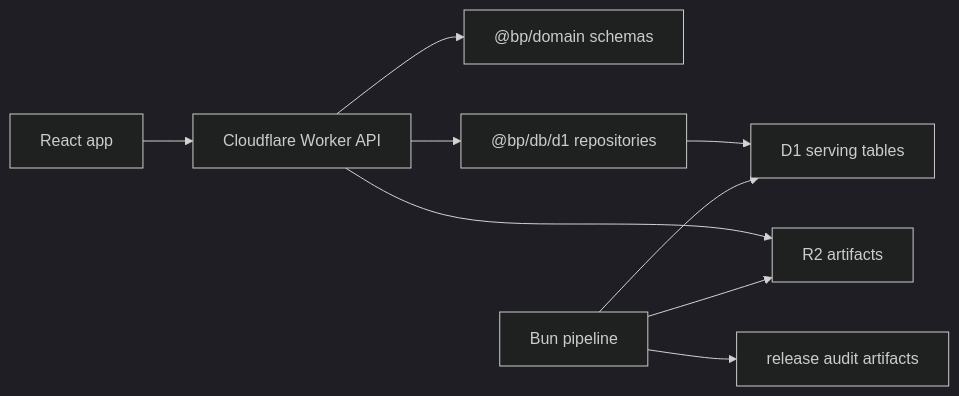
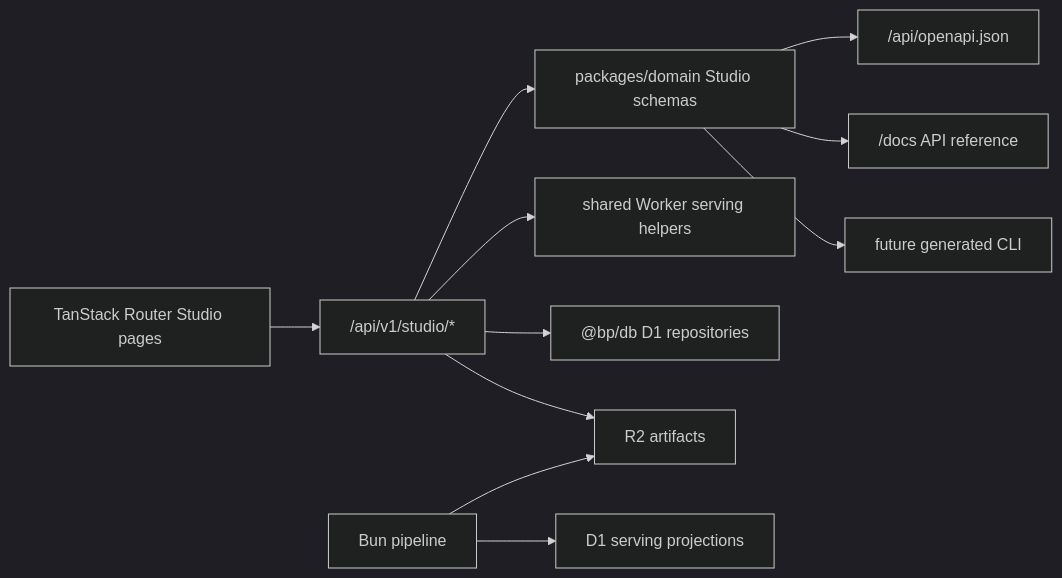
One commit to mannyc2/bus-priority-impact-studio changed the diagram in knowledge/wiki/engineering/web_api_endpoint_architecture.md. Above: the diagram before and after it, drawn with Mermaid (dark theme). The commit also changed other lines of this file and 21 other files, not shown here.

````diff
--- a/knowledge/wiki/engineering/web_api_endpoint_architecture.md
+++ b/knowledge/wiki/engineering/web_api_endpoint_architecture.md
@@ -41,11 +146,13 @@
 ```mermaid
 flowchart LR
-  UI["React app"] --> Worker["Cloudflare Worker API"]
-  Worker --> Contracts["@bp/domain schemas"]
-  Worker --> Repo["@bp/db/d1 repositories"]
-  Repo --> D1["D1 serving tables"]
-  Worker --> R2["R2 artifacts"]
-  Pipeline["Bun pipeline"] --> D1
+  UI["TanStack Router Studio pages"] --> StudioAPI["/api/v1/studio/*"]
+  StudioAPI --> Contracts["packages/domain Studio schemas"]
+  StudioAPI --> Helpers["shared Worker serving helpers"]
+  StudioAPI --> Repo["@bp/db D1 repositories"]
+  StudioAPI --> R2["R2 artifacts"]
+  Pipeline["Bun pipeline"] --> D1["D1 serving projections"]
   Pipeline --> R2
-  Pipeline --> Audit["release audit artifacts"]
+  Contracts --> OpenAPI["/api/openapi.json"]
+  Contracts --> Docs["/docs API reference"]
+  Contracts --> CLI["future generated CLI"]
 ```
````
